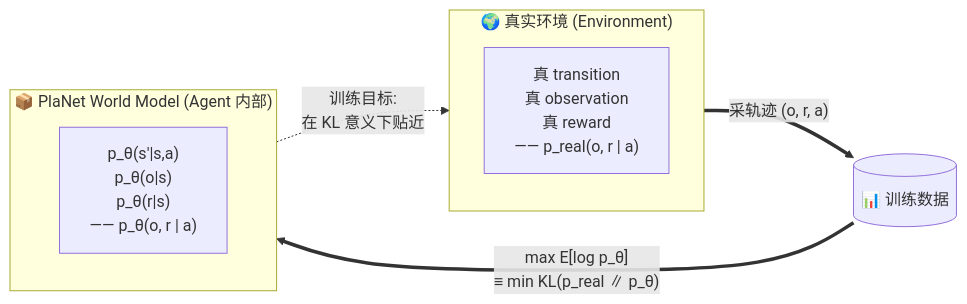
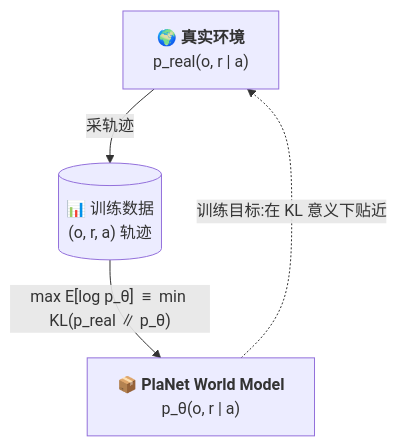
One commit to jinxinzhou/world-model-study changed the seventh of 7 diagrams in World-Model-学习笔记.md. Above: the diagram before and after it, drawn with Mermaid. The commit also changed 1 other file, not shown here.

Commit message:
fix: simplify world-model approximating env diagram (TB layout, 3 nodes, no subgraphs)
The previous version used subgraphs with multi-line internal nodes plus
LR layout, causing the boxes to become cramped. Replaced with a clean
top-bottom flow:

  🌍 Real env -> 📊 training data -> 📦 World Model
                                            |
                                       (dashed: match in KL sense, back to env)

Each node is a single short label, no subgraph nesting. Sync ZH + EN.
Not pushing yet.

````diff
--- a/World-Model-学习笔记.md
+++ b/World-Model-学习笔记.md
@@ -1803,14 +1803,10 @@
 ```mermaid
-flowchart LR
-    subgraph Real["🌍 真实环境 (Environment)"]
-        ETrans["真 transition<br/>真 observation<br/>真 reward<br/>—— p_real(o, r | a)"]
-    end
+flowchart TB
+    Real["🌍 <b>真实环境</b><br/>p_real(o, r | a)"]
+    Data[("📊 训练数据<br/>(o, r, a) 轨迹")]
+    Model["📦 <b>PlaNet World Model</b><br/>p_θ(o, r | a)"]
 
-    subgraph Model["📦 PlaNet World Model (Agent 内部)"]
-        MTrans["p_θ(s'|s,a)<br/>p_θ(o|s)<br/>p_θ(r|s)<br/>—— p_θ(o, r | a)"]
-    end
-
-    Real == "采轨迹 (o, r, a)" ==> Data[("📊 训练数据")]
-    Data == "max E[log p_θ]<br/>≡ min KL(p_real ∥ p_θ)" ==> Model
-    Model -. "训练目标:<br/>在 KL 意义下贴近" .-> Real
+    Real -->|"采轨迹"| Data
+    Data -->|"max E[log p_θ] &nbsp;≡&nbsp; min KL(p_real ∥ p_θ)"| Model
+    Model -. "训练目标:在 KL 意义下贴近" .-> Real
 ```
````
